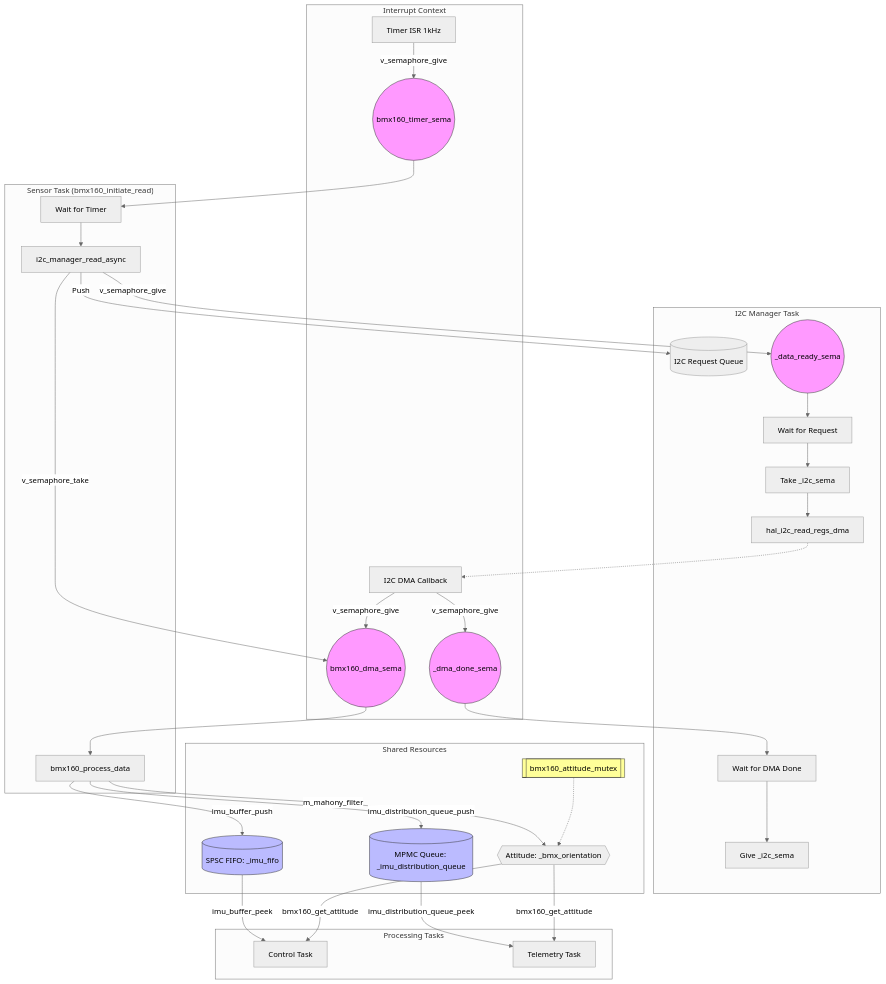
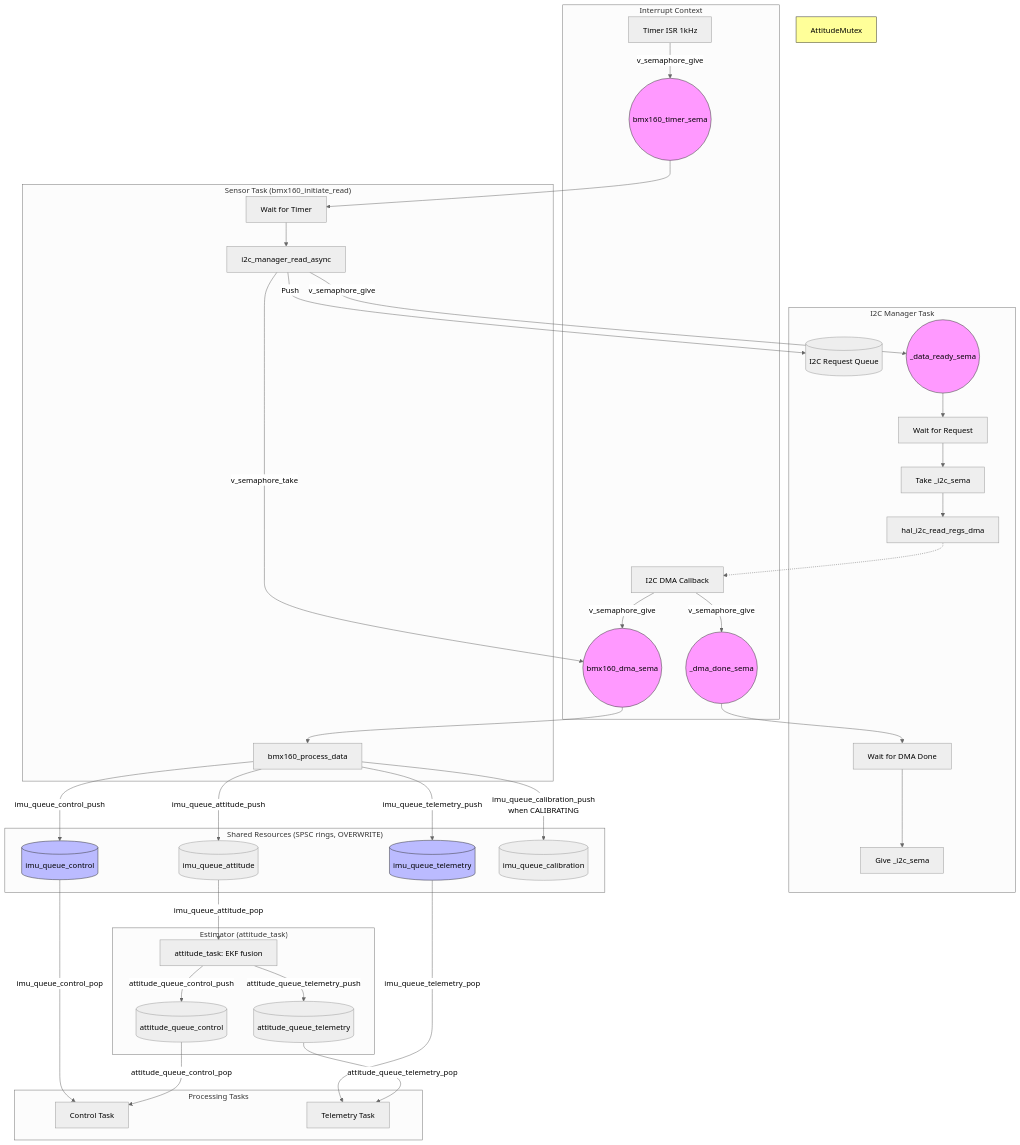
Before and after one commit to ragnar-vallhala/vayu: the first of 2 diagrams in docs/reference/imu/sensor_data_flow.md, drawn with Mermaid (neutral theme). The commit also changed other lines of this file and 30 other files, not shown here.

````diff
--- a/docs/reference/imu/sensor_data_flow.md
+++ b/docs/reference/imu/sensor_data_flow.md
@@ -7,48 +7,54 @@
 ```mermaid
 graph TD
     subgraph "Interrupt Context"
         TimerISR[Timer ISR 1kHz] -->|v_semaphore_give| TimerSema((bmx160_timer_sema))
         DMACallback[I2C DMA Callback] -->|v_semaphore_give| DMASema((bmx160_dma_sema))
         DMACallback -->|v_semaphore_give| ManagerDMASema((_dma_done_sema))
     end
 
     subgraph "Sensor Task (bmx160_initiate_read)"
         TimerSema --> TaskWait[Wait for Timer]
         TaskWait --> I2CRequest[i2c_manager_read_async]
         I2CRequest -->|v_semaphore_take| DMASema
         DMASema --> ProcessData[bmx160_process_data]
     end
 
     subgraph "I2C Manager Task"
         I2CRequest -->|Push| I2CQueue[(I2C Request Queue)]
         I2CRequest -->|v_semaphore_give| DataReady((_data_ready_sema))
         DataReady --> ManagerWait[Wait for Request]
         ManagerWait --> BusLock[Take _i2c_sema]
         BusLock --> DMARead[hal_i2c_read_regs_dma]
         DMARead -.-> DMACallback
         ManagerDMASema --> ManagerDone[Wait for DMA Done]
         ManagerDone --> BusRelease[Give _i2c_sema]
     end
 
-    subgraph "Shared Resources"
-        ProcessData -->|imu_buffer_push| IMUFifo[(SPSC FIFO: _imu_fifo)]
-        ProcessData -->|imu_distribution_queue_push| IMUQueue[(MPMC Queue: _imu_distribution_queue)]
-        ProcessData -->|m_mahony_filter| AttitudeData{{Attitude: _bmx_orientation}}
-        AttitudeMutex[[bmx160_attitude_mutex]] -.-> AttitudeData
+    subgraph "Shared Resources (SPSC rings, OVERWRITE)"
+        ProcessData -->|imu_queue_control_push| IMUCtrl[(imu_queue_control)]
+        ProcessData -->|imu_queue_telemetry_push| IMUTelem[(imu_queue_telemetry)]
+        ProcessData -->|imu_queue_attitude_push| IMUAtt[(imu_queue_attitude)]
+        ProcessData -->|imu_queue_calibration_push<br/>when CALIBRATING| IMUCal[(imu_queue_calibration)]
+    end
+
+    subgraph "Estimator (attitude_task)"
+        IMUAtt -->|imu_queue_attitude_pop| EKF[attitude_task: EKF fusion]
+        EKF -->|attitude_queue_control_push| AttCtrl[(attitude_queue_control)]
+        EKF -->|attitude_queue_telemetry_push| AttTelem[(attitude_queue_telemetry)]
     end
 
     subgraph "Processing Tasks"
-        IMUFifo -->|imu_buffer_peek| ControlTask[Control Task]
-        IMUQueue -->|imu_distribution_queue_peek| TelemetryTask[Telemetry Task]
-        AttitudeData -->|bmx160_get_attitude| ControlTask
-        AttitudeData -->|bmx160_get_attitude| TelemetryTask
+        IMUCtrl -->|imu_queue_control_pop| ControlTask[Control Task]
+        AttCtrl -->|attitude_queue_control_pop| ControlTask
+        IMUTelem -->|imu_queue_telemetry_pop| TelemetryTask[Telemetry Task]
+        AttTelem -->|attitude_queue_telemetry_pop| TelemetryTask
     end
 
     style TimerSema fill:#f9f,stroke:#333
     style DMASema fill:#f9f,stroke:#333
     style ManagerDMASema fill:#f9f,stroke:#333
     style DataReady fill:#f9f,stroke:#333
     style AttitudeMutex fill:#ff9,stroke:#333
-    style IMUFifo fill:#bbf,stroke:#333
-    style IMUQueue fill:#bbf,stroke:#333
+    style IMUCtrl fill:#bbf,stroke:#333
+    style IMUTelem fill:#bbf,stroke:#333
 ```
````
